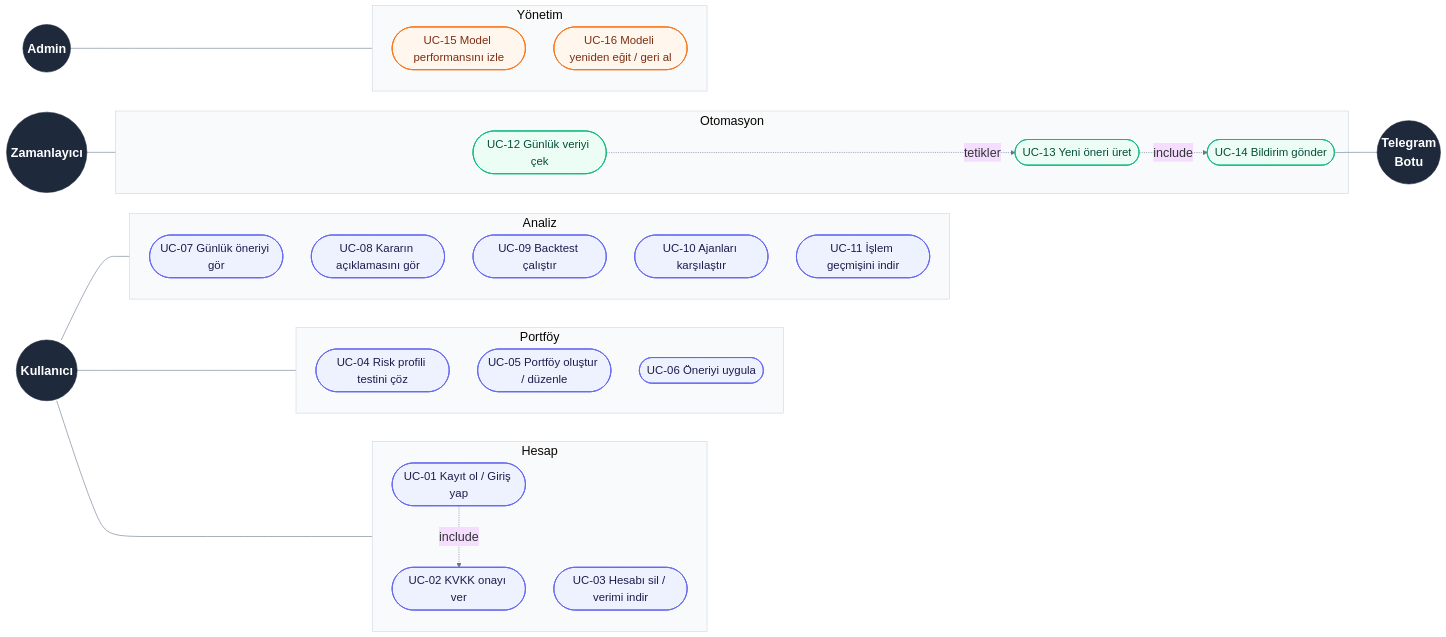
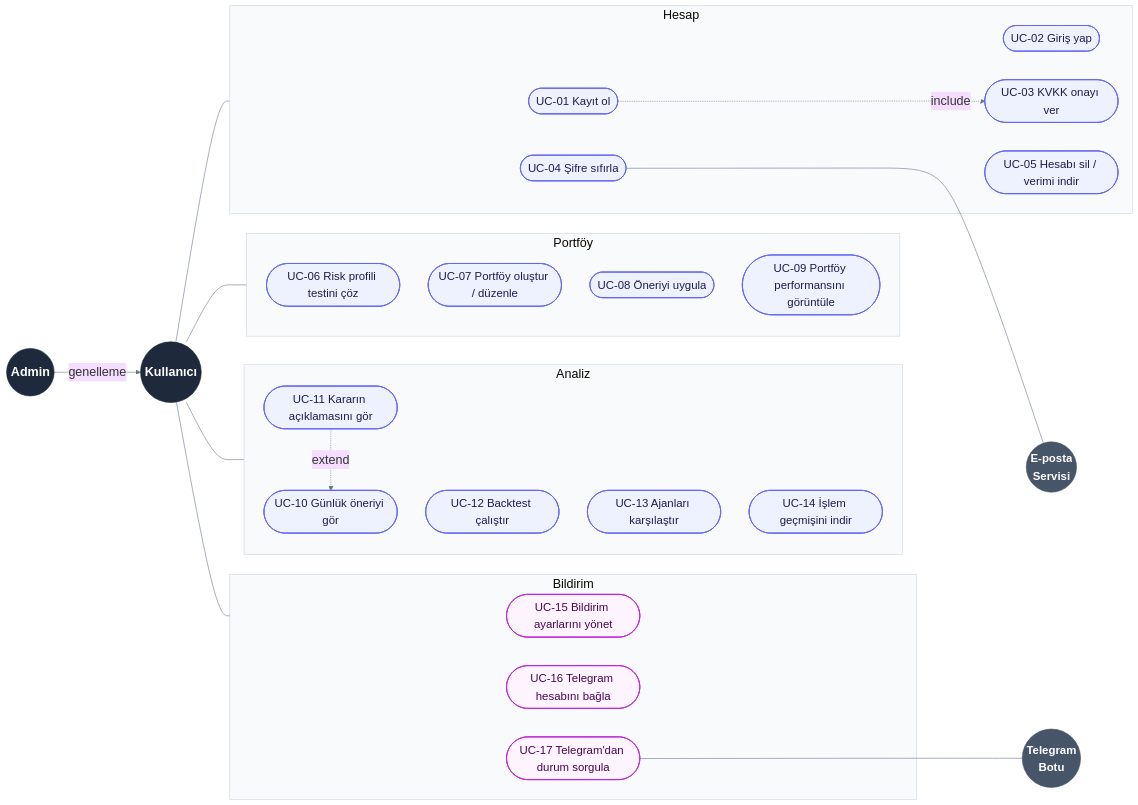
One commit to isambais/portfoyai changed the first of 2 diagrams in docs/diagrams/use_case.md. Above: the diagram before and after it, drawn with Mermaid. The commit also changed other lines of this file, not shown here.

Commit message:
docs: make use case diagram compact

````diff
--- a/docs/diagrams/use_case.md
+++ b/docs/diagrams/use_case.md
@@ -14,64 +12,62 @@
 ```mermaid
 %%{init: {'theme':'base', 'themeVariables': {'fontSize':'22px', 'fontFamily':'Arial', 'lineColor':'#64748B', 'clusterBkg':'#F8FAFC', 'clusterBorder':'#CBD5E1'}}}%%
 flowchart LR
     %% ================= AKTÖRLER =================
+    A((Admin))
     U((Kullanıcı))
-    Z((Zamanlayıcı))
-    A((Admin))
     T((Telegram<br/>Botu))
+    E((E-posta<br/>Servisi))
 
     %% ================= GRUPLAR =================
     subgraph G1[" Hesap "]
-        UC01([UC-01 Kayıt ol / Giriş yap])
-        UC02([UC-02 KVKK onayı ver])
-        UC03([UC-03 Hesabı sil / verimi indir])
+        UC01([UC-01 Kayıt ol])
+        UC02([UC-02 Giriş yap])
+        UC03([UC-03 KVKK onayı ver])
+        UC04([UC-04 Şifre sıfırla])
+        UC05([UC-05 Hesabı sil / verimi indir])
     end
 
     subgraph G2[" Portföy "]
-        UC04([UC-04 Risk profili testini çöz])
-        UC05([UC-05 Portföy oluştur / düzenle])
-        UC06([UC-06 Öneriyi uygula])
+        UC06([UC-06 Risk profili testini çöz])
+        UC07([UC-07 Portföy oluştur / düzenle])
+        UC08([UC-08 Öneriyi uygula])
+        UC09([UC-09 Portföy performansını görüntüle])
     end
 
     subgraph G3[" Analiz "]
-        UC07([UC-07 Günlük öneriyi gör])
-        UC08([UC-08 Kararın açıklamasını gör])
-        UC09([UC-09 Backtest çalıştır])
-        UC10([UC-10 Ajanları karşılaştır])
-        UC11([UC-11 İşlem geçmişini indir])
+        UC10([UC-10 Günlük öneriyi gör])
+        UC11([UC-11 Kararın açıklamasını gör])
+        UC12([UC-12 Backtest çalıştır])
+        UC13([UC-13 Ajanları karşılaştır])
+        UC14([UC-14 İşlem geçmişini indir])
     end
 
-    subgraph G4[" Otomasyon "]
-        UC12([UC-12 Günlük veriyi çek])
-        UC13([UC-13 Yeni öneri üret])
-        UC14([UC-14 Bildirim gönder])
-    end
-
-    subgraph G5[" Yönetim "]
-        UC15([UC-15 Model performansını izle])
-        UC16([UC-16 Modeli yeniden eğit / geri al])
+    subgraph G4[" Bildirim "]
+        UC15([UC-15 Bildirim ayarlarını yönet])
+        UC16([UC-16 Telegram hesabını bağla])
+        UC17([UC-17 Telegram'dan durum sorgula])
     end
 
     %% ================= BAĞLANTILAR =================
+    A -- genelleme --> U
     U --- G1
     U --- G2
     U --- G3
-    Z --- G4
-    A --- G5
-    UC14 --- T
+    U --- G4
+    UC17 --- T
+    UC04 --- E
 
-    UC01 -. include .-> UC02
-    UC12 -. tetikler .-> UC13
-    UC13 -. include .-> UC14
+    UC01 -. include .-> UC03
+    UC11 -. extend .-> UC10
 
     %% ================= STİL =================
     classDef actor fill:#1E293B,stroke:#1E293B,color:#FFFFFF,font-weight:bold,font-size:22px
+    classDef ext fill:#475569,stroke:#475569,color:#FFFFFF,font-weight:bold,font-size:20px
     classDef uc fill:#EEF2FF,stroke:#6366F1,stroke-width:1.5px,color:#1E1B4B,font-size:20px
-    classDef auto fill:#ECFDF5,stroke:#10B981,stroke-width:1.5px,color:#064E3B,font-size:20px
-    classDef admin fill:#FFF7ED,stroke:#F97316,stroke-width:1.5px,color:#7C2D12,font-size:20px
+    classDef notif fill:#FDF4FF,stroke:#C026D3,stroke-width:1.5px,color:#4A044E,font-size:20px
 
-    class U,Z,A,T actor
-    class UC01,UC02,UC03,UC04,UC05,UC06,UC07,UC08,UC09,UC10,UC11 uc
-    class UC12,UC13,UC14 auto
-    class UC15,UC16 admin
+    class U,A actor
+    class T,E ext
+    class UC01,UC02,UC03,UC04,UC05,UC06,UC07,UC08,UC09,UC10,UC11,UC12,UC13,UC14 uc
+    class UC15,UC16,UC17 notif
 ```
````
